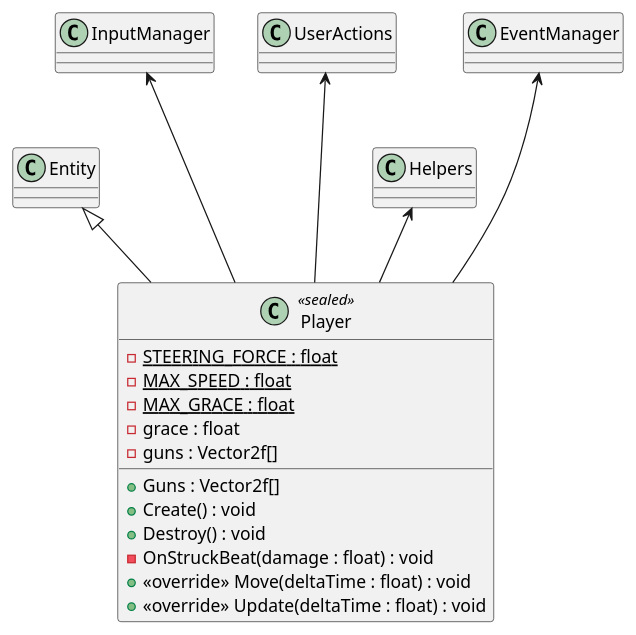
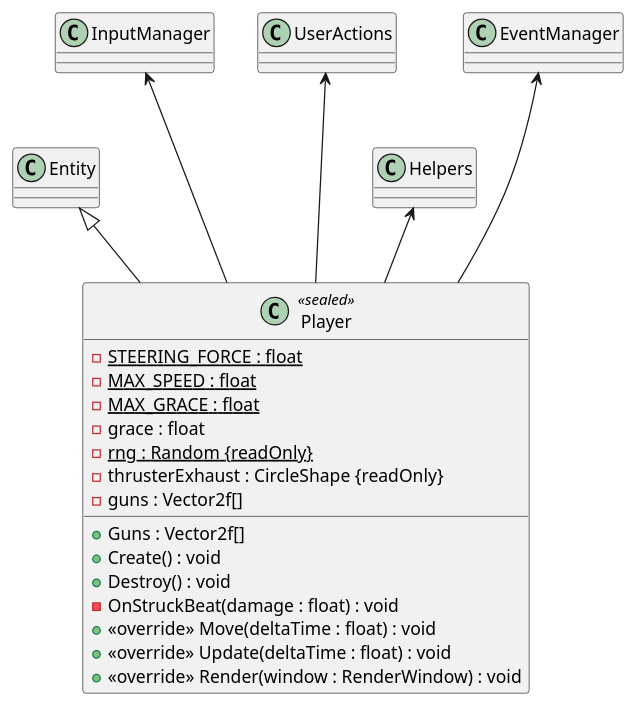
Before and after one commit to Ruby1405/PaceInvaders: the diagram in plantuml/Player.puml, drawn with PlantUML. The commit also changed 17 other files, not shown here.

Commit message:
touchups and class diagram

```diff
--- a/plantuml/Player.puml
+++ b/plantuml/Player.puml
@@ -1,20 +1,23 @@
 @startuml
 class Player <<sealed>> {
     - {static} STEERING_FORCE : float
     - {static} MAX_SPEED : float
     - {static} MAX_GRACE : float
     - grace : float
+    - {static} rng : Random {readOnly}
+    - thrusterExhaust : CircleShape {readOnly}
     - guns : Vector2f[]
     + {method} Guns : Vector2f[]
     + Create() : void
     + Destroy() : void
     - OnStruckBeat(damage : float) : void
     + <<override>> Move(deltaTime : float) : void
     + <<override>> Update(deltaTime : float) : void
+    + <<override>> Render(window : RenderWindow) : void
 }
 Entity <|-- Player
 InputManager <--- Player
 UserActions <--- Player
 Helpers <-- Player
 EventManager <--- Player
 @enduml
```
